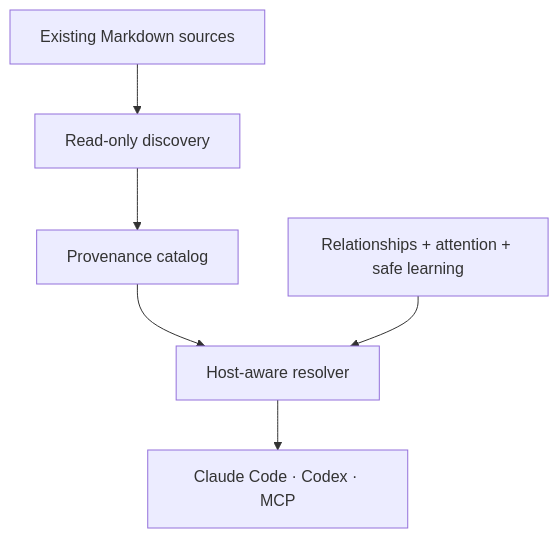
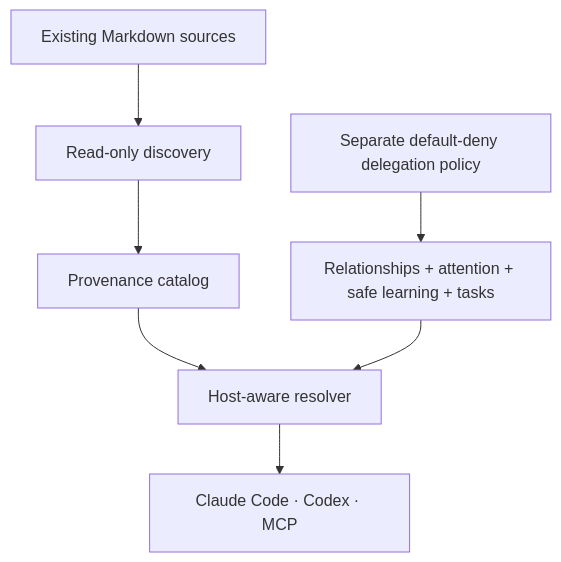
One commit to Maykbiletti/AgentSpine changed the first of 2 diagrams in README.md. Above: the diagram before and after it, drawn with Mermaid. The commit also changed other lines of this file and 20 other files, not shown here.

Commit message:
feat: add default-deny agent coordination

````diff
--- a/README.md
+++ b/README.md
@@ -30,8 +30,9 @@
 ```mermaid
 flowchart TB
     A["Existing Markdown sources"] --> B["Read-only discovery"]
     B --> C["Provenance catalog"]
     C --> D["Host-aware resolver"]
-    F["Relationships + attention + safe learning"] --> D
+    F["Relationships + attention + safe learning + tasks"] --> D
+    P["Separate default-deny delegation policy"] --> F
     D --> E["Claude Code · Codex · MCP"]
 ```
````
